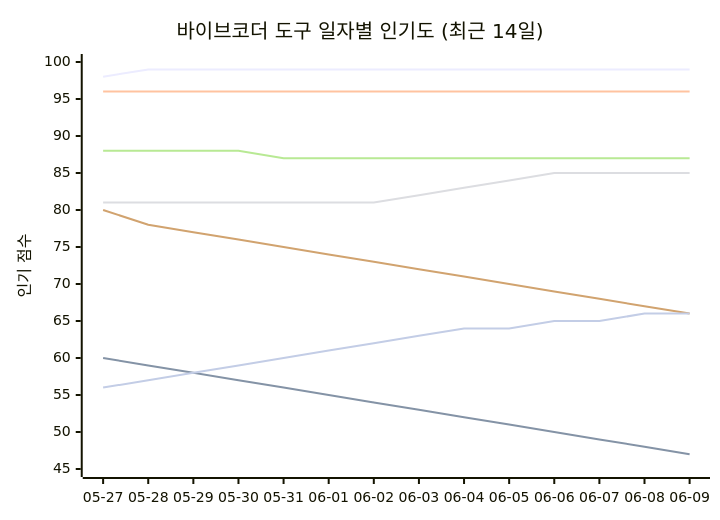
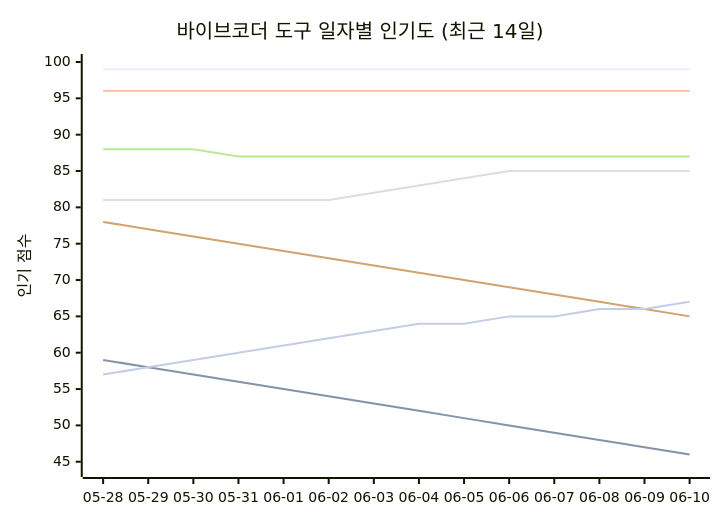
One commit to tykimos/ai-whatchelin changed the seventh of 11 diagrams in README_ko.md. Above: the diagram before and after it, drawn with Mermaid. The commit also changed other lines of this file and 4 other files, not shown here.

````diff
--- a/README_ko.md
+++ b/README_ko.md
@@ -1459,13 +1466,13 @@
 ```mermaid
 xychart-beta
     title "바이브코더 도구 일자별 인기도 (최근 14일)"
-    x-axis ["05-27", "05-28", "05-29", "05-30", "05-31", "06-01", "06-02", "06-03", "06-04", "06-05", "06-06", "06-07", "06-08", "06-09"]
-    y-axis "인기 점수" 45 --> 100
-    line "Claude Code" [98, 99, 99, 99, 99, 99, 99, 99, 99, 99, 99, 99, 99, 99]
-    line "GH Copilot" [60, 59, 58, 57, 56, 55, 54, 53, 52, 51, 50, 49, 48, 47]
+    x-axis ["05-28", "05-29", "05-30", "05-31", "06-01", "06-02", "06-03", "06-04", "06-05", "06-06", "06-07", "06-08", "06-09", "06-10"]
+    y-axis "인기 점수" 44 --> 100
+    line "Claude Code" [99, 99, 99, 99, 99, 99, 99, 99, 99, 99, 99, 99, 99, 99]
+    line "GH Copilot" [59, 58, 57, 56, 55, 54, 53, 52, 51, 50, 49, 48, 47, 46]
     line "Cursor" [96, 96, 96, 96, 96, 96, 96, 96, 96, 96, 96, 96, 96, 96]
-    line "Windsurf" [81, 81, 81, 81, 81, 81, 81, 82, 83, 84, 85, 85, 85, 85]
-    line "Codex CLI" [88, 88, 88, 88, 87, 87, 87, 87, 87, 87, 87, 87, 87, 87]
-    line "Gemini CLI" [80, 78, 77, 76, 75, 74, 73, 72, 71, 70, 69, 68, 67, 66]
-    line "Antigravity" [56, 57, 58, 59, 60, 61, 62, 63, 64, 64, 65, 65, 66, 66]
+    line "Windsurf" [81, 81, 81, 81, 81, 81, 82, 83, 84, 85, 85, 85, 85, 85]
+    line "Codex CLI" [88, 88, 88, 87, 87, 87, 87, 87, 87, 87, 87, 87, 87, 87]
+    line "Gemini CLI" [78, 77, 76, 75, 74, 73, 72, 71, 70, 69, 68, 67, 66, 65]
+    line "Antigravity" [57, 58, 59, 60, 61, 62, 63, 64, 64, 65, 65, 66, 66, 67]
 ```
````
